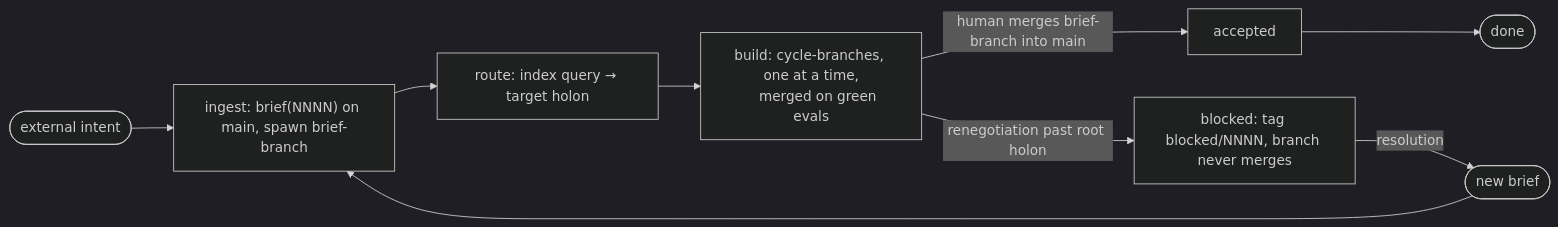
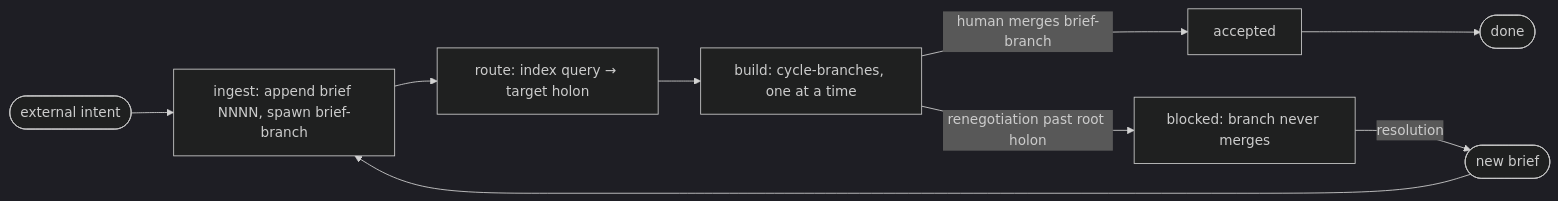
One commit to celom/hal changed the diagram in docs/loop.md. Above: the diagram before and after it, drawn with Mermaid (dark theme). The commit also changed other lines of this file and 6 other files, not shown here.

Commit message:
meta: extract git flow into docs/gitflow.md as single source of truth

````diff
--- a/docs/loop.md
+++ b/docs/loop.md
@@ -25,11 +25,10 @@
 ```mermaid
 flowchart LR
-    X([external intent]) --> I["ingest: brief(NNNN) on main, spawn brief-branch"]
+    X([external intent]) --> I[ingest: append brief NNNN, spawn brief-branch]
     I --> R[route: index query → target holon]
-    R --> B[build: cycle-branches, one at a time,
-    merged on green evals]
-    B -->|human merges brief-branch into main| A[accepted]
-    B -->|renegotiation past root holon| K["blocked: tag blocked/NNNN, branch never merges"]
+    R --> B[build: cycle-branches, one at a time]
+    B -->|human merges brief-branch| A[accepted]
+    B -->|renegotiation past root holon| K[blocked: branch never merges]
     A --> D([done])
     K -->|resolution| N([new brief]) --> I
 ```
````
